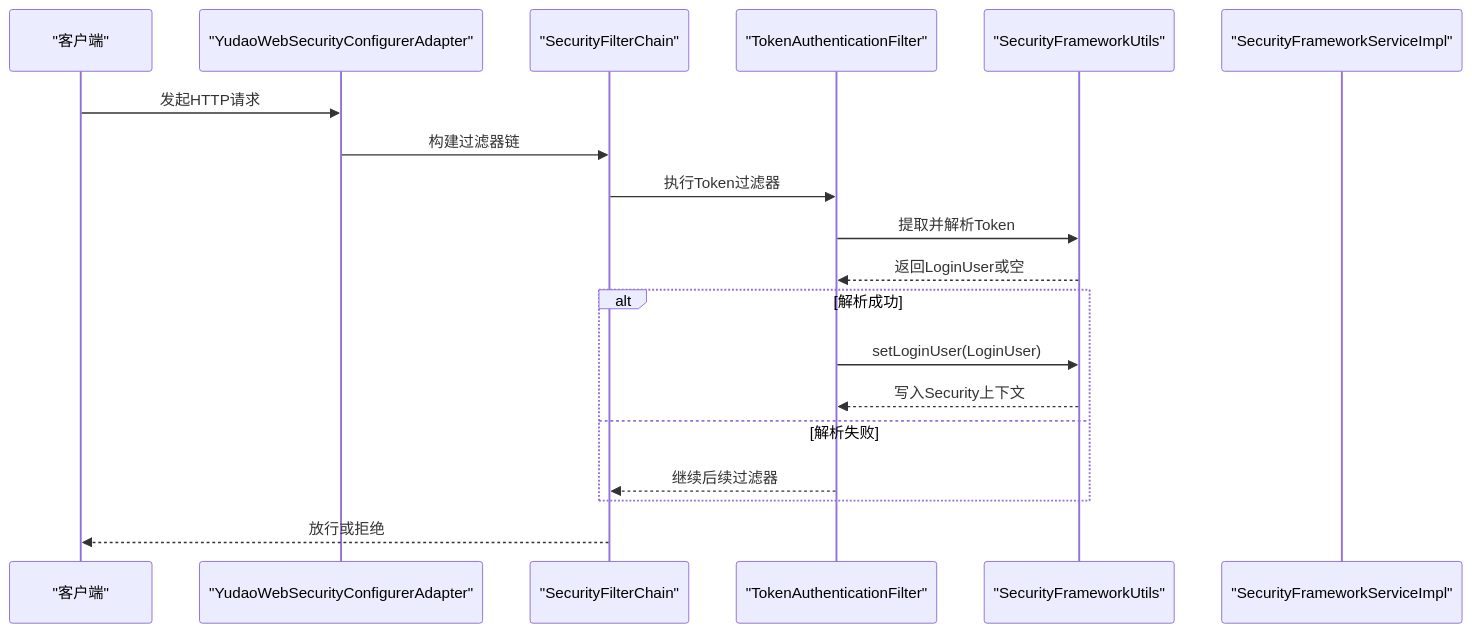
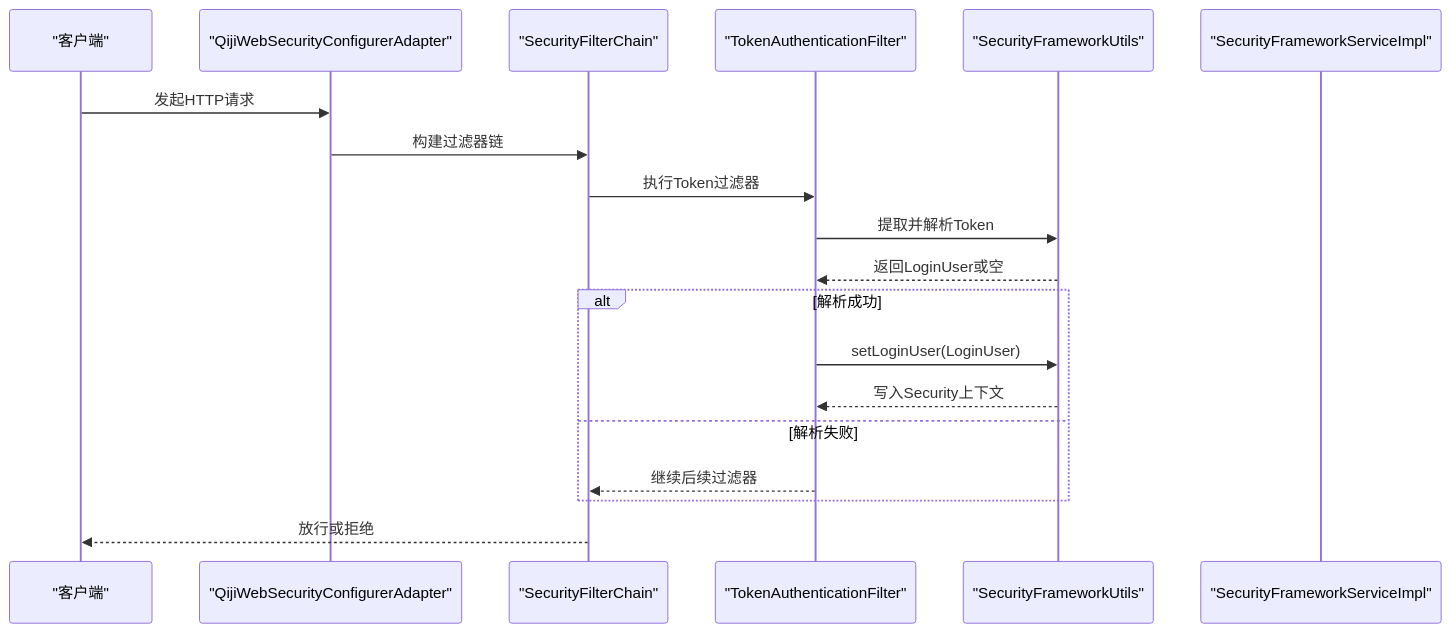
Before and after one commit to zhuangpengLI/AgenticCPS: the third of 7 diagrams in backend/.qoder/repowiki/zh/content/安全与权限/安全配置管理.md, drawn with Mermaid. The commit also changed other lines of this file and 3489 other files, not shown here.

````diff
--- a/backend/.qoder/repowiki/zh/content/安全与权限/安全配置管理.md
+++ b/backend/.qoder/repowiki/zh/content/安全与权限/安全配置管理.md
@@ -151,21 +151,21 @@
 ```mermaid
 sequenceDiagram
 participant Client as "客户端"
-participant Adapter as "YudaoWebSecurityConfigurerAdapter"
+participant Adapter as "QijiWebSecurityConfigurerAdapter"
 participant Chain as "SecurityFilterChain"
 participant Filter as "TokenAuthenticationFilter"
 participant Utils as "SecurityFrameworkUtils"
 participant Service as "SecurityFrameworkServiceImpl"
 Client->>Adapter : 发起HTTP请求
 Adapter->>Chain : 构建过滤器链
 Chain->>Filter : 执行Token过滤器
 Filter->>Utils : 提取并解析Token
 Utils-->>Filter : 返回LoginUser或空
 alt 解析成功
 Filter->>Utils : setLoginUser(LoginUser)
 Utils-->>Filter : 写入Security上下文
 else 解析失败
 Filter-->>Chain : 继续后续过滤器
 end
 Chain-->>Client : 放行或拒绝
 ```
````
